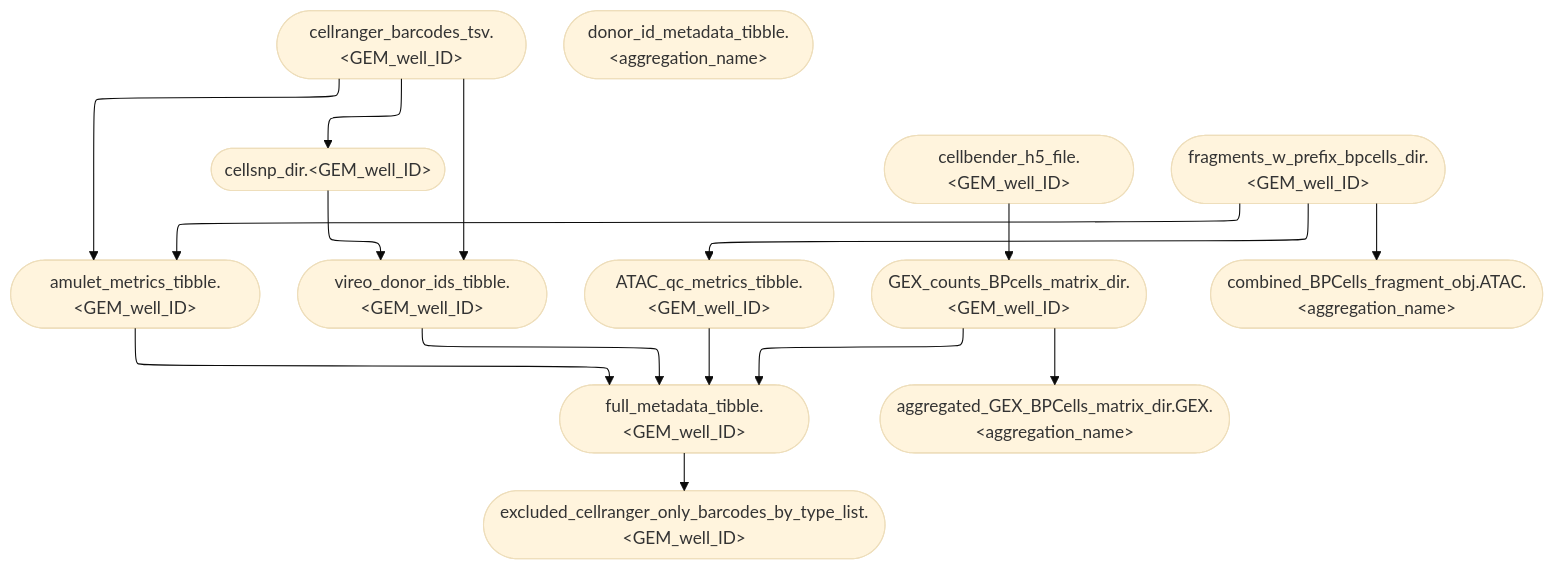
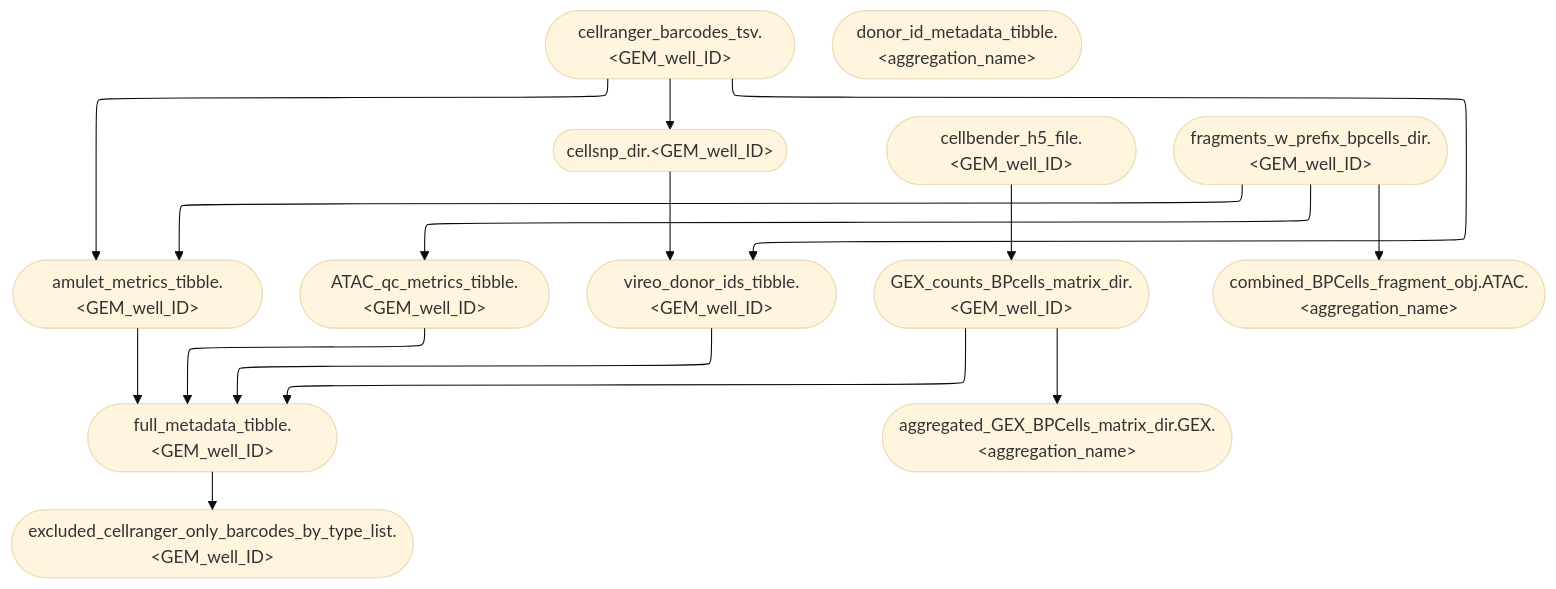
Before and after one commit to koefoeden/multiomeR: the diagram in website/figures/human_curated/parallel_v2.mmd, drawn with Mermaid (base theme). The commit also changed 11 other files, not shown here.

First line of the commit message:
Refresh public guides and generated graphs for the ported workflow

```diff
--- a/website/figures/human_curated/parallel_v2.mmd
+++ b/website/figures/human_curated/parallel_v2.mmd
@@ -1,17 +1,17 @@
 %%{init: {'flowchart': {'defaultRenderer': 'elk'}}}%%
 flowchart TB
-  cellranger_barcodes_tsv.healthy_PBMC_human(["cellranger_barcodes_tsv.&lt;GEM_well_ID&gt;"]):::none --> amulet_metrics_tibble.healthy_PBMC_human(["amulet_metrics_tibble.&lt;GEM_well_ID&gt;"]):::none
-  cellranger_barcodes_tsv.healthy_PBMC_human(["cellranger_barcodes_tsv.&lt;GEM_well_ID&gt;"]):::none --> cellsnp_dir.healthy_PBMC_human(["cellsnp_dir.&lt;GEM_well_ID&gt;"]):::none
-  full_metadata_tibble.healthy_PBMC_human(["full_metadata_tibble.&lt;GEM_well_ID&gt;"]):::none --> excluded_cellranger_only_barcodes_by_type_list.healthy_PBMC_human(["excluded_cellranger_only_barcodes_by_type_list.&lt;GEM_well_ID&gt;"]):::none
-  amulet_metrics_tibble.healthy_PBMC_human(["amulet_metrics_tibble.&lt;GEM_well_ID&gt;"]):::none --> full_metadata_tibble.healthy_PBMC_human(["full_metadata_tibble.&lt;GEM_well_ID&gt;"]):::none
-  vireo_donor_ids_tibble.healthy_PBMC_human(["vireo_donor_ids_tibble.&lt;GEM_well_ID&gt;"]):::none --> full_metadata_tibble.healthy_PBMC_human(["full_metadata_tibble.&lt;GEM_well_ID&gt;"]):::none
-  ATAC_qc_metrics_tibble.healthy_PBMC_human(["ATAC_qc_metrics_tibble.&lt;GEM_well_ID&gt;"]):::none --> full_metadata_tibble.healthy_PBMC_human(["full_metadata_tibble.&lt;GEM_well_ID&gt;"]):::none
-  cellbender_h5_file.healthy_PBMC_human(["cellbender_h5_file.&lt;GEM_well_ID&gt;"]):::none --> GEX_counts_BPcells_matrix_dir.healthy_PBMC_human(["GEX_counts_BPcells_matrix_dir.&lt;GEM_well_ID&gt;"]):::none
-  cellranger_barcodes_tsv.healthy_PBMC_human(["cellranger_barcodes_tsv.&lt;GEM_well_ID&gt;"]):::none --> vireo_donor_ids_tibble.healthy_PBMC_human(["vireo_donor_ids_tibble.&lt;GEM_well_ID&gt;"]):::none
-  cellsnp_dir.healthy_PBMC_human(["cellsnp_dir.&lt;GEM_well_ID&gt;"]):::none --> vireo_donor_ids_tibble.healthy_PBMC_human(["vireo_donor_ids_tibble.&lt;GEM_well_ID&gt;"]):::none
-  fragments_w_prefix_bpcells_dir.healthy_PBMC_human(["fragments_w_prefix_bpcells_dir.&lt;GEM_well_ID&gt;"]):::none --> amulet_metrics_tibble.healthy_PBMC_human(["amulet_metrics_tibble.&lt;GEM_well_ID&gt;"]):::none
-  fragments_w_prefix_bpcells_dir.healthy_PBMC_human(["fragments_w_prefix_bpcells_dir.&lt;GEM_well_ID&gt;"]):::none --> ATAC_qc_metrics_tibble.healthy_PBMC_human(["ATAC_qc_metrics_tibble.&lt;GEM_well_ID&gt;"]):::none
-  fragments_w_prefix_bpcells_dir.healthy_PBMC_human(["fragments_w_prefix_bpcells_dir.&lt;GEM_well_ID&gt;"]):::none --> combined_BPCells_fragment_obj.ATAC.immune_human_2x(["combined_BPCells_fragment_obj.ATAC.&lt;aggregation_name&gt;"]):::none
-  GEX_counts_BPcells_matrix_dir.healthy_PBMC_human(["GEX_counts_BPcells_matrix_dir.&lt;GEM_well_ID&gt;"]):::none --> full_metadata_tibble.healthy_PBMC_human(["full_metadata_tibble.&lt;GEM_well_ID&gt;"]):::none
-  GEX_counts_BPcells_matrix_dir.healthy_PBMC_human(["GEX_counts_BPcells_matrix_dir.&lt;GEM_well_ID&gt;"]):::none --> aggregated_GEX_BPCells_matrix_dir.GEX.immune_human_2x(["aggregated_GEX_BPCells_matrix_dir.GEX.&lt;aggregation_name&gt;"]):::none
-  donor_id_metadata_tibble.immune_human_2x(["donor_id_metadata_tibble.&lt;aggregation_name&gt;"]):::none
+  cellranger_barcodes_tsv.ENCSR245BNT(["cellranger_barcodes_tsv.&lt;GEM_well_ID&gt;"]):::none --> amulet_metrics_tibble.ENCSR245BNT(["amulet_metrics_tibble.&lt;GEM_well_ID&gt;"]):::none
+  cellranger_barcodes_tsv.ENCSR245BNT(["cellranger_barcodes_tsv.&lt;GEM_well_ID&gt;"]):::none --> cellsnp_dir.ENCSR245BNT(["cellsnp_dir.&lt;GEM_well_ID&gt;"]):::none
+  full_metadata_tibble.ENCSR245BNT(["full_metadata_tibble.&lt;GEM_well_ID&gt;"]):::none --> excluded_cellranger_only_barcodes_by_type_list.ENCSR245BNT(["excluded_cellranger_only_barcodes_by_type_list.&lt;GEM_well_ID&gt;"]):::none
+  ATAC_qc_metrics_tibble.ENCSR245BNT(["ATAC_qc_metrics_tibble.&lt;GEM_well_ID&gt;"]):::none --> full_metadata_tibble.ENCSR245BNT(["full_metadata_tibble.&lt;GEM_well_ID&gt;"]):::none
+  amulet_metrics_tibble.ENCSR245BNT(["amulet_metrics_tibble.&lt;GEM_well_ID&gt;"]):::none --> full_metadata_tibble.ENCSR245BNT(["full_metadata_tibble.&lt;GEM_well_ID&gt;"]):::none
+  vireo_donor_ids_tibble.ENCSR245BNT(["vireo_donor_ids_tibble.&lt;GEM_well_ID&gt;"]):::none --> full_metadata_tibble.ENCSR245BNT(["full_metadata_tibble.&lt;GEM_well_ID&gt;"]):::none
+  cellbender_h5_file.ENCSR245BNT(["cellbender_h5_file.&lt;GEM_well_ID&gt;"]):::none --> GEX_counts_BPcells_matrix_dir.ENCSR245BNT(["GEX_counts_BPcells_matrix_dir.&lt;GEM_well_ID&gt;"]):::none
+  cellsnp_dir.ENCSR245BNT(["cellsnp_dir.&lt;GEM_well_ID&gt;"]):::none --> vireo_donor_ids_tibble.ENCSR245BNT(["vireo_donor_ids_tibble.&lt;GEM_well_ID&gt;"]):::none
+  cellranger_barcodes_tsv.ENCSR245BNT(["cellranger_barcodes_tsv.&lt;GEM_well_ID&gt;"]):::none --> vireo_donor_ids_tibble.ENCSR245BNT(["vireo_donor_ids_tibble.&lt;GEM_well_ID&gt;"]):::none
+  fragments_w_prefix_bpcells_dir.ENCSR245BNT(["fragments_w_prefix_bpcells_dir.&lt;GEM_well_ID&gt;"]):::none --> amulet_metrics_tibble.ENCSR245BNT(["amulet_metrics_tibble.&lt;GEM_well_ID&gt;"]):::none
+  fragments_w_prefix_bpcells_dir.ENCSR245BNT(["fragments_w_prefix_bpcells_dir.&lt;GEM_well_ID&gt;"]):::none --> ATAC_qc_metrics_tibble.ENCSR245BNT(["ATAC_qc_metrics_tibble.&lt;GEM_well_ID&gt;"]):::none
+  fragments_w_prefix_bpcells_dir.ENCSR245BNT(["fragments_w_prefix_bpcells_dir.&lt;GEM_well_ID&gt;"]):::none --> combined_BPCells_fragment_obj.ATAC.ENCODE_heart_LV_6x(["combined_BPCells_fragment_obj.ATAC.&lt;aggregation_name&gt;"]):::none
+  GEX_counts_BPcells_matrix_dir.ENCSR245BNT(["GEX_counts_BPcells_matrix_dir.&lt;GEM_well_ID&gt;"]):::none --> full_metadata_tibble.ENCSR245BNT(["full_metadata_tibble.&lt;GEM_well_ID&gt;"]):::none
+  GEX_counts_BPcells_matrix_dir.ENCSR245BNT(["GEX_counts_BPcells_matrix_dir.&lt;GEM_well_ID&gt;"]):::none --> aggregated_GEX_BPCells_matrix_dir.GEX.ENCODE_heart_LV_6x(["aggregated_GEX_BPCells_matrix_dir.GEX.&lt;aggregation_name&gt;"]):::none
+  donor_id_metadata_tibble.ENCODE_heart_LV_6x(["donor_id_metadata_tibble.&lt;aggregation_name&gt;"]):::none
```
